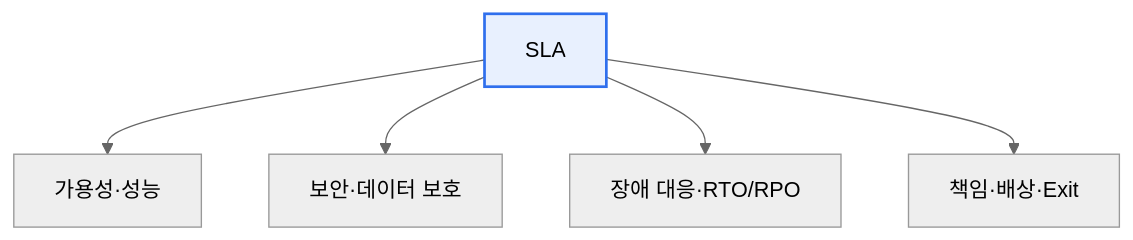
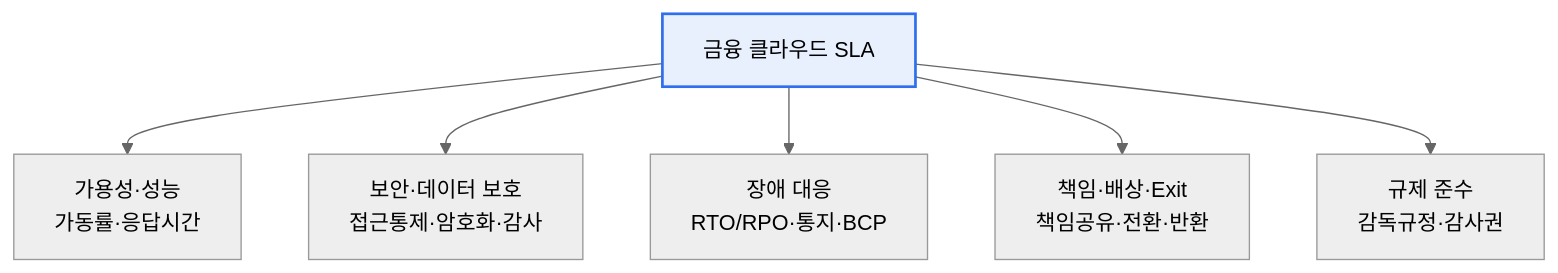
Before and after one commit to coninggu/wjdqhrhksflrltnftk: the first of 2 diagrams in content/financial-cloud-sla.md, drawn with Mermaid (neutral theme). The commit also changed other lines of this file and 3 other files, not shown here.

Commit message:
Deepen 데이터베이스 정규화(Normalization), 금융 클라우드 SLA (auto)

````diff
--- a/content/financial-cloud-sla.md
+++ b/content/financial-cloud-sla.md
@@ -15,8 +21,9 @@
 ```mermaid
 flowchart TB
-  S[SLA] --> A[가용성·성능]
-  S --> B[보안·데이터 보호]
-  S --> C[장애 대응·RTO/RPO]
-  S --> D[책임·배상·Exit]
+  S["금융 클라우드 SLA"] --> A["가용성·성능<br/>가동률·응답시간"]
+  S --> B["보안·데이터 보호<br/>접근통제·암호화·감사"]
+  S --> C["장애 대응<br/>RTO/RPO·통지·BCP"]
+  S --> D["책임·배상·Exit<br/>책임공유·전환·반환"]
+  S --> R["규제 준수<br/>감독규정·감사권"]
   style S fill:#e8f0fe,stroke:#2f6fed,stroke-width:2px
 ```
````
